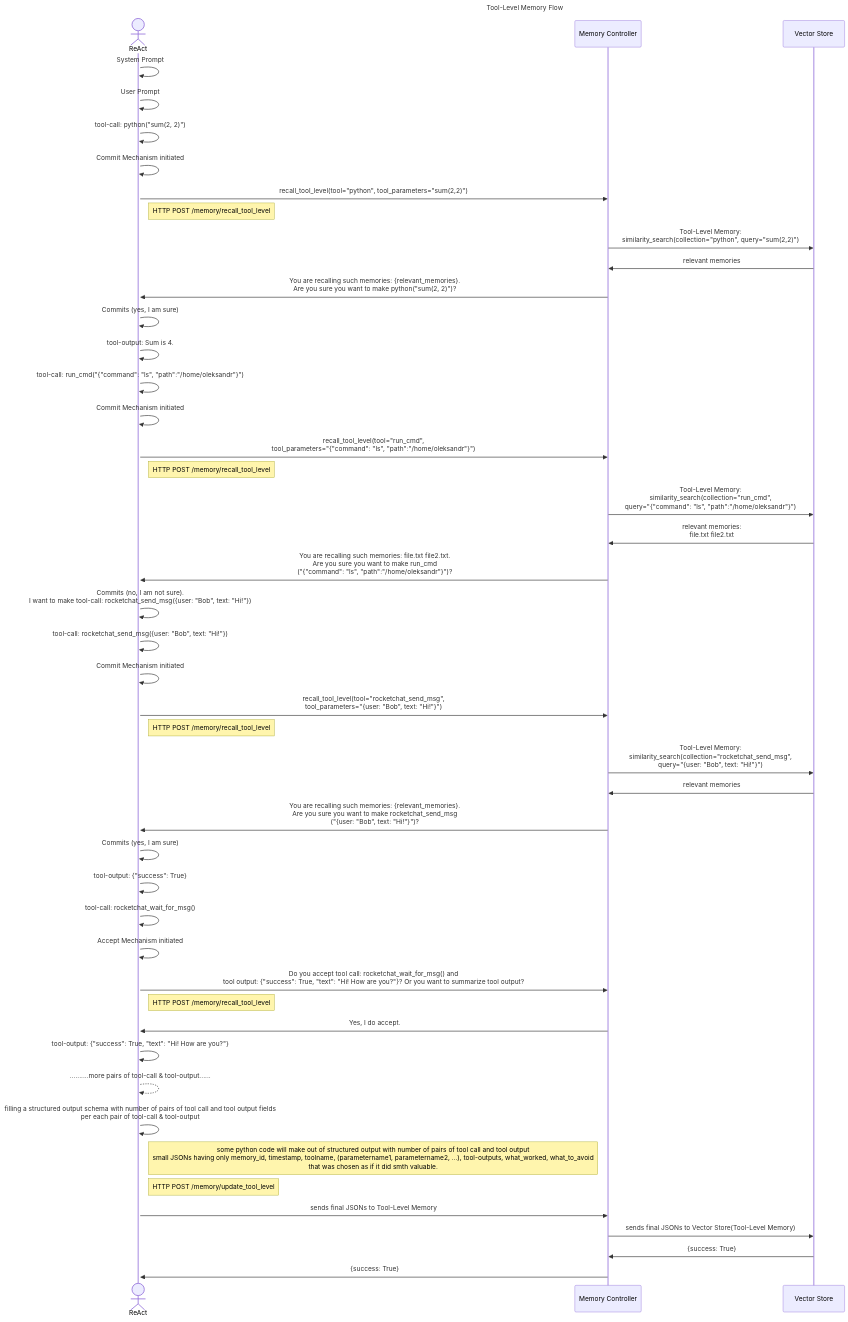
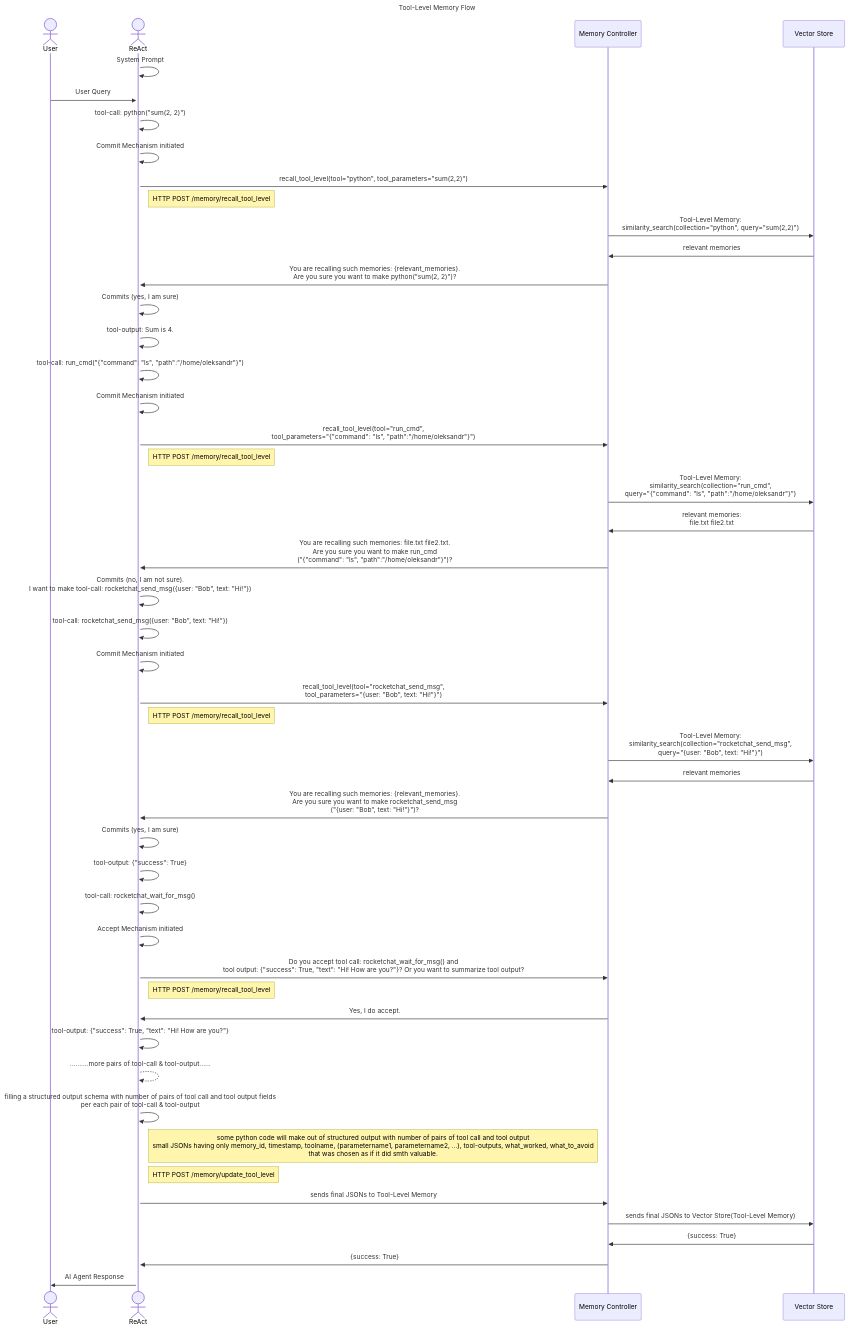
Before and after one commit to oshulha/agentic_playground: the diagram in an_experimental_development_of_spec/memory_controller/tool_level_memory/sequence_diagram.md, drawn with Mermaid. The commit also changed 9 other files, not shown here.

````diff
--- a/an_experimental_development_of_spec/memory_controller/tool_level_memory/sequence_diagram.md
+++ b/an_experimental_development_of_spec/memory_controller/tool_level_memory/sequence_diagram.md
@@ -8,6 +8,7 @@
 sequenceDiagram
     title Tool-Level Memory Flow
 
+    actor User
     actor ReAct
     participant MC as Memory Controller
     participant VS as Vector Store
@@ -15,7 +16,7 @@
     activate ReAct
 
     ReAct->>ReAct: System Prompt
-    ReAct->>ReAct: User Prompt
+    User->>ReAct: User Query
     ReAct->>ReAct: tool-call: python("sum(2, 2)")
     ReAct->>ReAct: Commit Mechanism initiated
 
@@ -81,4 +82,5 @@
     MC->>VS: sends final JSONs to Vector Store(Tool-Level Memory)
     VS->>MC: {success: True}
     MC->>ReAct: {success: True}
+    ReAct->>User: AI Agent Response
 ```
````
